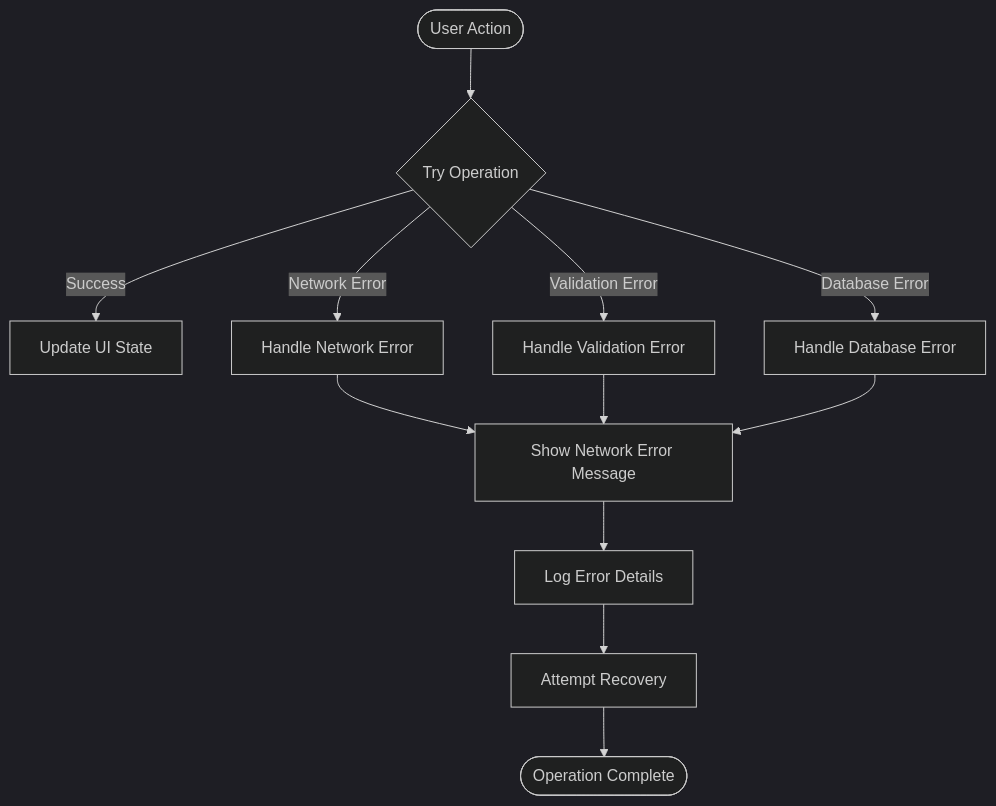
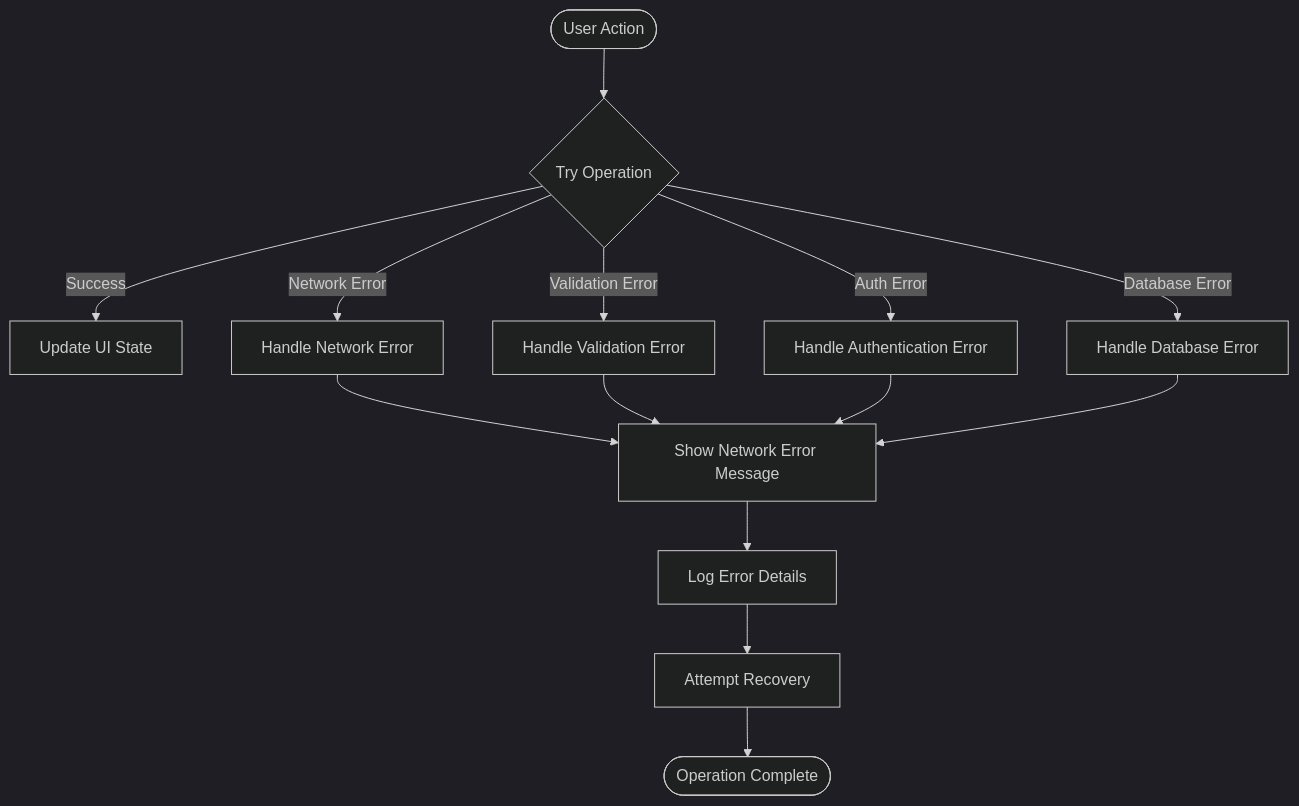
The eighth of 8 diagrams in .qoder/repowiki/en/content/Core Features/Profile Management System.md (Alishba-Moin/CareerCompass), drawn with Mermaid (dark theme) before and after one commit. The commit also changed other lines of this file and 17 other files, not shown here.

````diff
--- a/.qoder/repowiki/en/content/Core Features/Profile Management System.md
+++ b/.qoder/repowiki/en/content/Core Features/Profile Management System.md
@@ -357,14 +524,16 @@
 ```mermaid
 flowchart TD
 Start(["User Action"]) --> Try{"Try Operation"}
 Try --> |Success| Update["Update UI State"]
 Try --> |Network Error| NetworkErr["Handle Network Error"]
 Try --> |Validation Error| ValidationErr["Handle Validation Error"]
+Try --> |Auth Error| AuthErr["Handle Authentication Error"]
 Try --> |Database Error| DBErr["Handle Database Error"]
 NetworkErr --> ShowMsg["Show Network Error Message"]
 ValidationErr --> ShowMsg
+AuthErr --> ShowMsg
 DBErr --> ShowMsg
 ShowMsg --> Log["Log Error Details"]
 Log --> Recover["Attempt Recovery"]
 Recover --> End(["Operation Complete"])
 ```
````
